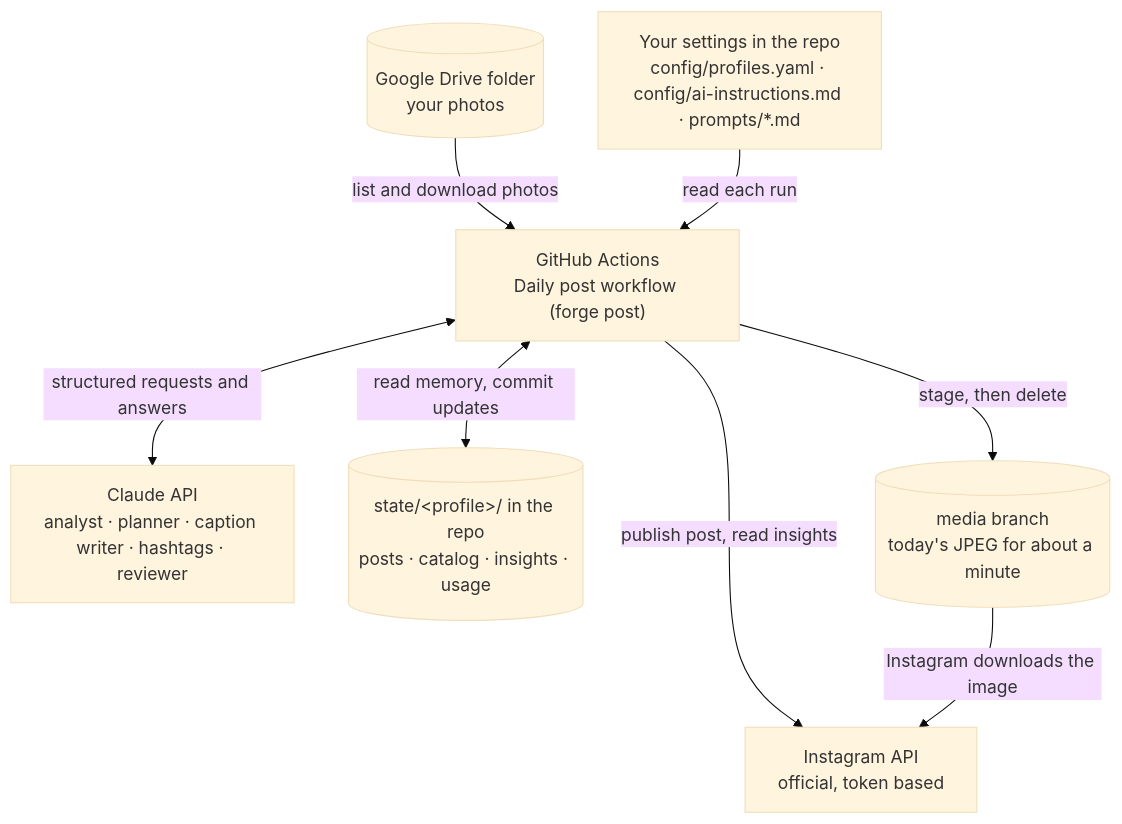
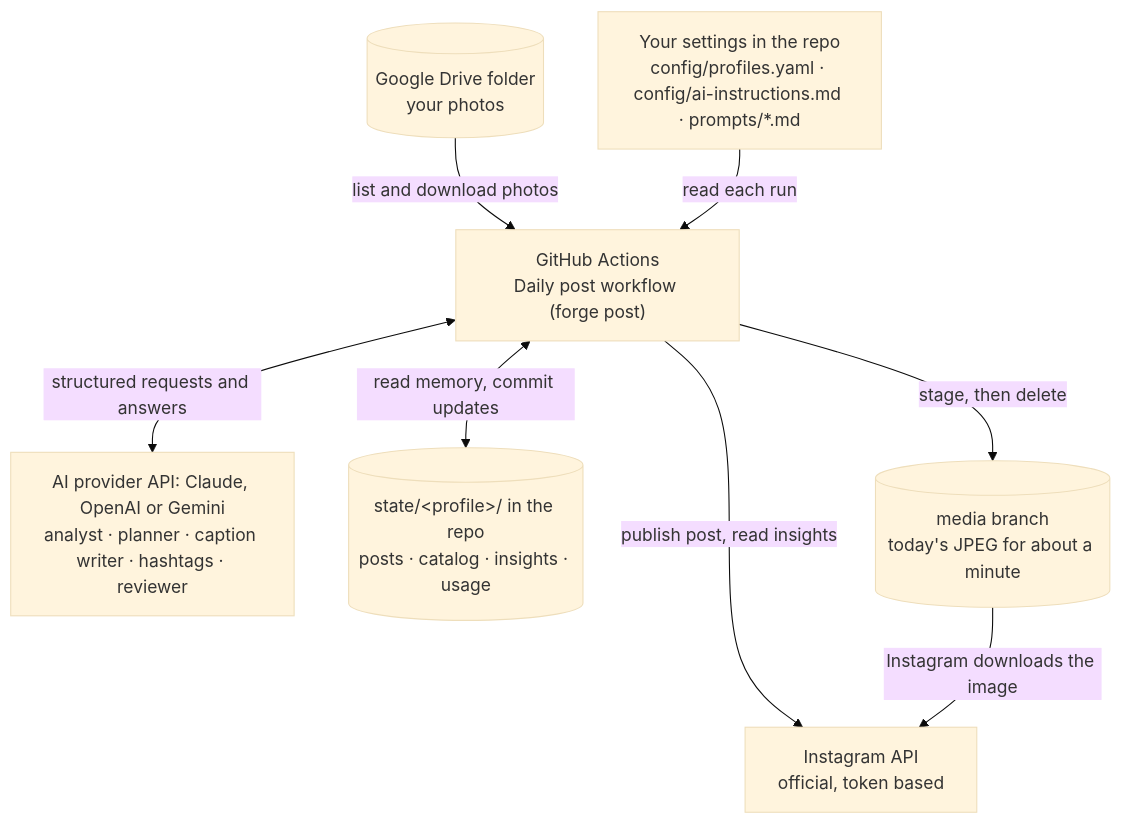
One commit to sritajkumarpatel/instaPostsForge changed the second of 2 diagrams in README.md. Above: the diagram before and after it, drawn with Mermaid (base theme). The commit also changed other lines of this file and 4 other files, not shown here.

First line of the commit message:
Docs: choosing Claude, OpenAI or Gemini

````diff
--- a/README.md
+++ b/README.md
@@ -102,18 +102,18 @@
 ```mermaid
 flowchart TB
     Drive[("Google Drive folder<br/>your photos")]
     Config["Your settings in the repo<br/>config/profiles.yaml · config/ai-instructions.md · prompts/*.md"]
     Actions["GitHub Actions<br/>Daily post workflow (forge post)"]
-    Claude["Claude API<br/>analyst · planner · caption writer · hashtags · reviewer"]
+    Claude["AI provider API: Claude, OpenAI or Gemini<br/>analyst · planner · caption writer · hashtags · reviewer"]
     State[("state/#lt;profile#gt;/ in the repo<br/>posts · catalog · insights · usage")]
     Media[("media branch<br/>today's JPEG for about a minute")]
     IG["Instagram API<br/>official, token based"]
 
     Drive -->|"list and download photos"| Actions
     Config -->|"read each run"| Actions
     Actions <-->|"structured requests and answers"| Claude
     Actions <-->|"read memory, commit updates"| State
     Actions -->|"stage, then delete"| Media
     Actions -->|"publish post, read insights"| IG
     Media -->|"Instagram downloads the image"| IG
 ```
````
